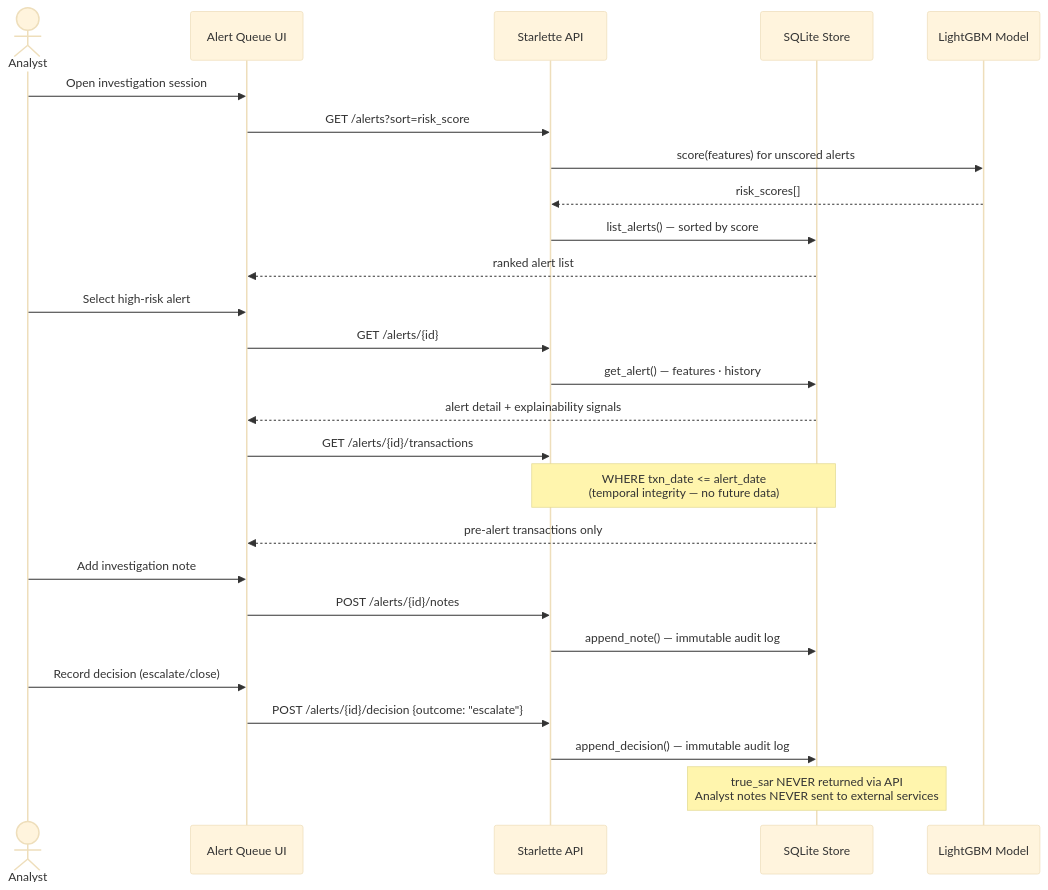
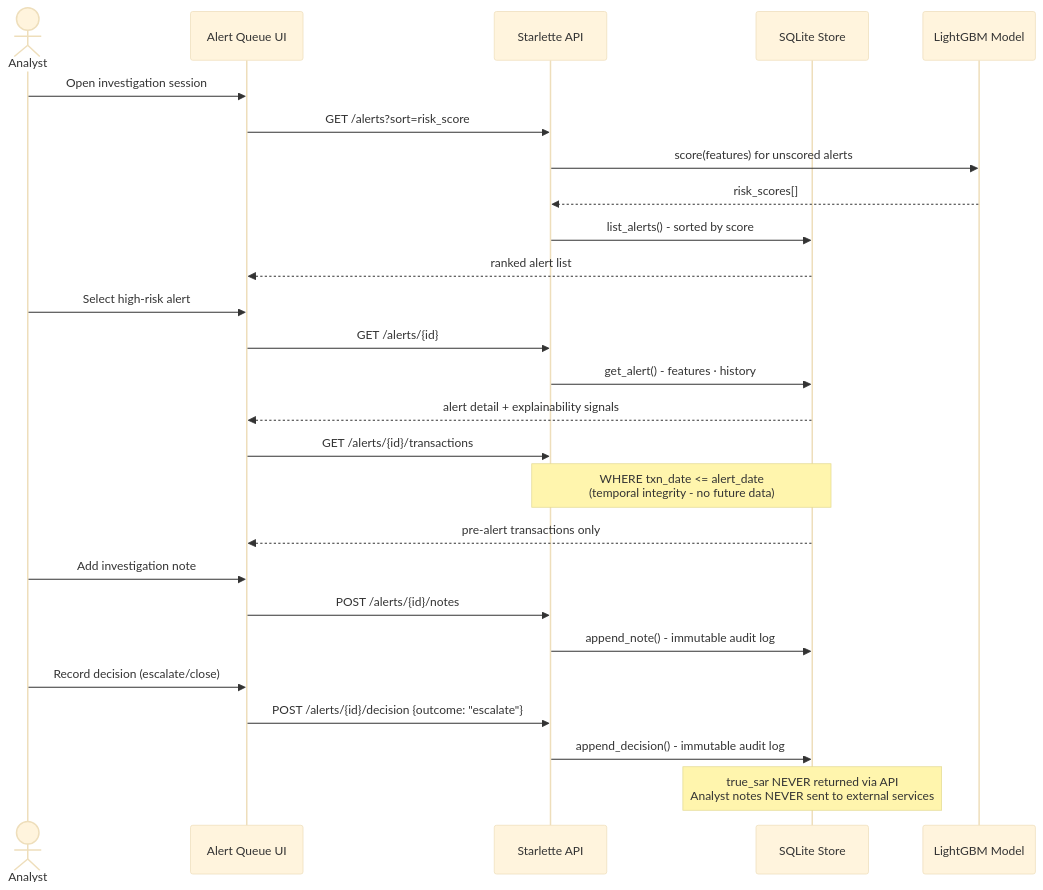
Before and after one commit to Rithwik23M/AlertIQ: the fourth of 4 diagrams in README.md, drawn with Mermaid (base theme). The commit also changed other lines of this file and 28 other files, not shown here.

````diff
--- a/README.md
+++ b/README.md
@@ -120,33 +120,33 @@
 ```mermaid
 sequenceDiagram
     actor Analyst
     participant Queue as Alert Queue UI
     participant API as Starlette API
     participant Store as SQLite Store
     participant Model as LightGBM Model
 
     Analyst->>Queue: Open investigation session
     Queue->>API: GET /alerts?sort=risk_score
     API->>Model: score(features) for unscored alerts
     Model-->>API: risk_scores[]
-    API->>Store: list_alerts() — sorted by score
+    API->>Store: list_alerts()  -  sorted by score
     Store-->>Queue: ranked alert list
 
     Analyst->>Queue: Select high-risk alert
     Queue->>API: GET /alerts/{id}
-    API->>Store: get_alert() — features · history
+    API->>Store: get_alert()  -  features · history
     Store-->>Queue: alert detail + explainability signals
 
     Queue->>API: GET /alerts/{id}/transactions
-    Note over API,Store: WHERE txn_date <= alert_date<br/>(temporal integrity — no future data)
+    Note over API,Store: WHERE txn_date <= alert_date<br/>(temporal integrity  -  no future data)
     Store-->>Queue: pre-alert transactions only
 
     Analyst->>Queue: Add investigation note
     Queue->>API: POST /alerts/{id}/notes
-    API->>Store: append_note() — immutable audit log
+    API->>Store: append_note()  -  immutable audit log
 
     Analyst->>Queue: Record decision (escalate/close)
     Queue->>API: POST /alerts/{id}/decision {outcome: "escalate"}
-    API->>Store: append_decision() — immutable audit log
+    API->>Store: append_decision()  -  immutable audit log
     Note over Store: true_sar NEVER returned via API<br/>Analyst notes NEVER sent to external services
 ```
````
